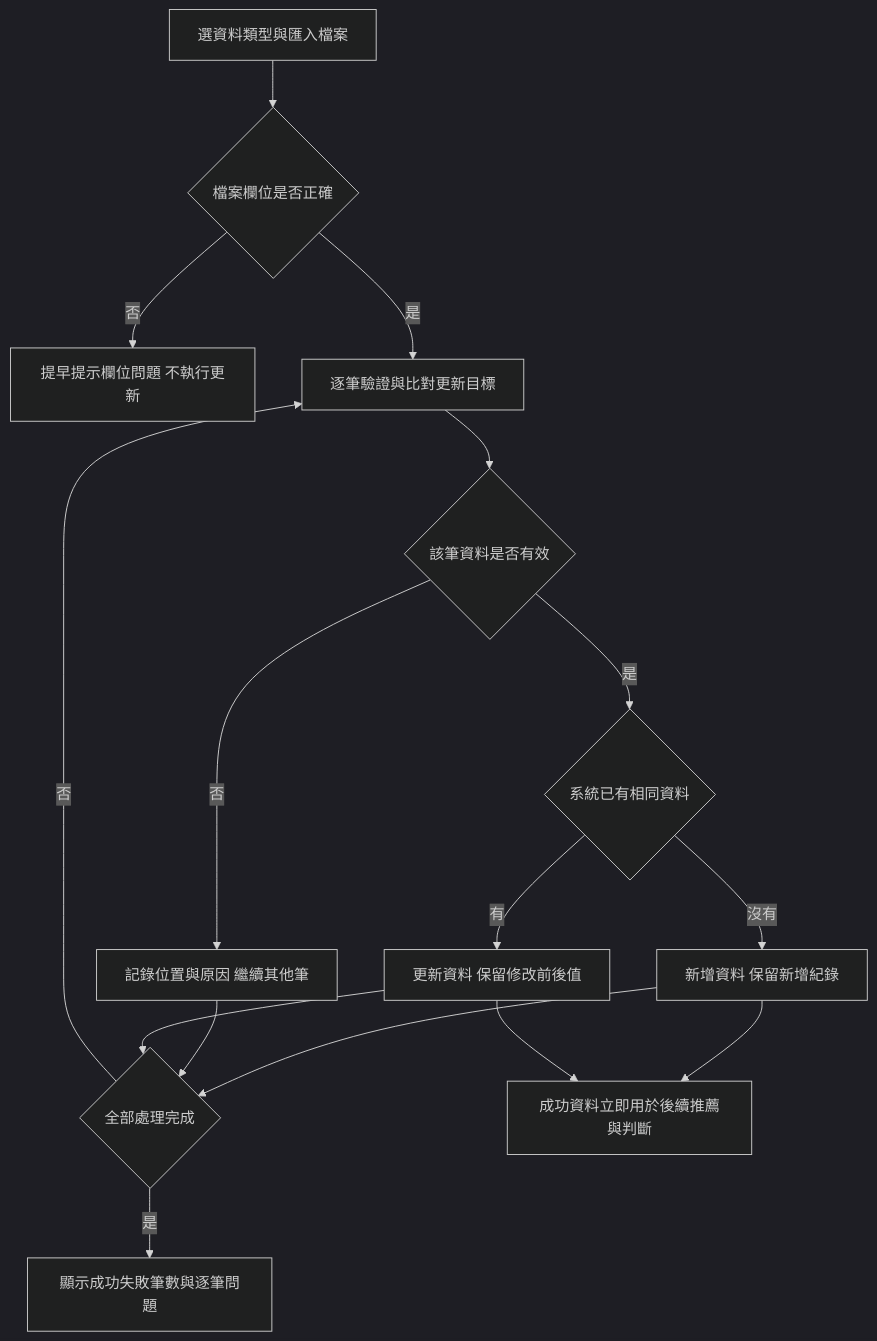
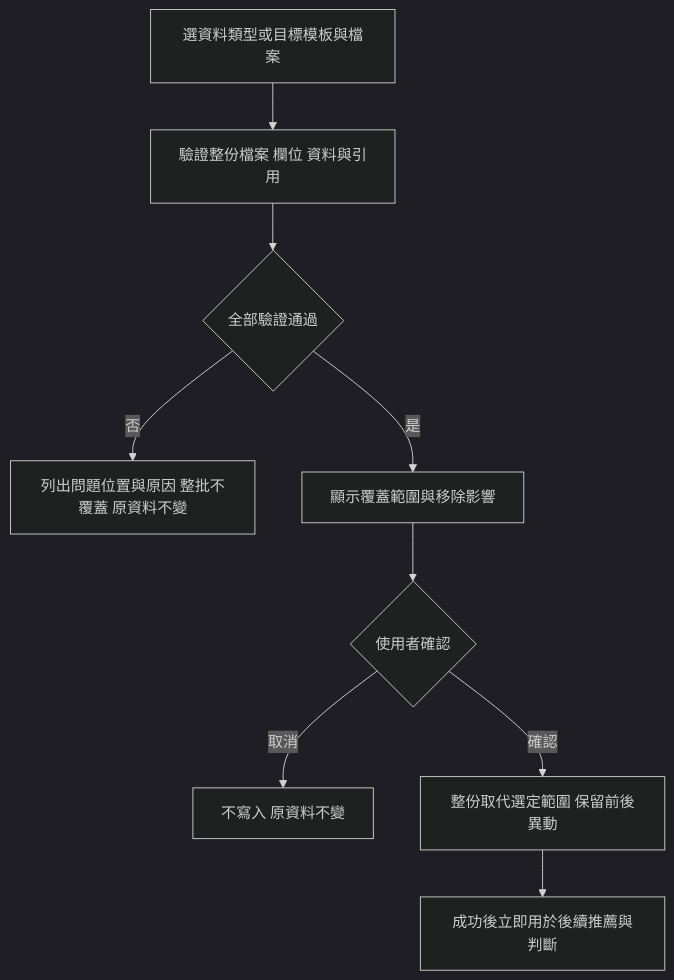
One commit to Joy-Dash/pet-nutri-flow changed the second of 7 diagrams in specs/TP-RAG_工程師實作規格_20261030.md. Above: the diagram before and after it, drawn with Mermaid (dark theme). The commit also changed other lines of this file and 12 other files, not shown here.

````diff
--- a/specs/TP-RAG_工程師實作規格_20261030.md
+++ b/specs/TP-RAG_工程師實作規格_20261030.md
@@ -451,18 +455,11 @@
 ```mermaid
 flowchart TD
-  A[選資料類型與匯入檔案] --> B{檔案欄位是否正確}
-  B -->|否| C[提早提示欄位問題 不執行更新]
-  B -->|是| D[逐筆驗證與比對更新目標]
-  D --> E{該筆資料是否有效}
-  E -->|否| F[記錄位置與原因 繼續其他筆]
-  E -->|是| P{系統已有相同資料}
-  P -->|有| G[更新資料 保留修改前後值]
-  P -->|沒有| N[新增資料 保留新增紀錄]
-  N --> H
-  N --> J
-  F --> H{全部處理完成}
-  G --> H
-  H -->|否| D
-  H -->|是| I[顯示成功失敗筆數與逐筆問題]
-  G --> J[成功資料立即用於後續推薦與判斷]
+  A[選資料類型或目標模板與檔案] --> B[驗證整份檔案 欄位 資料與引用]
+  B --> C{全部驗證通過}
+  C -->|否| D[列出問題位置與原因 整批不覆蓋 原資料不變]
+  C -->|是| E[顯示覆蓋範圍與移除影響]
+  E --> F{使用者確認}
+  F -->|取消| G[不寫入 原資料不變]
+  F -->|確認| H[整份取代選定範圍 保留前後異動]
+  H --> I[成功後立即用於後續推薦與判斷]
 ```
````
